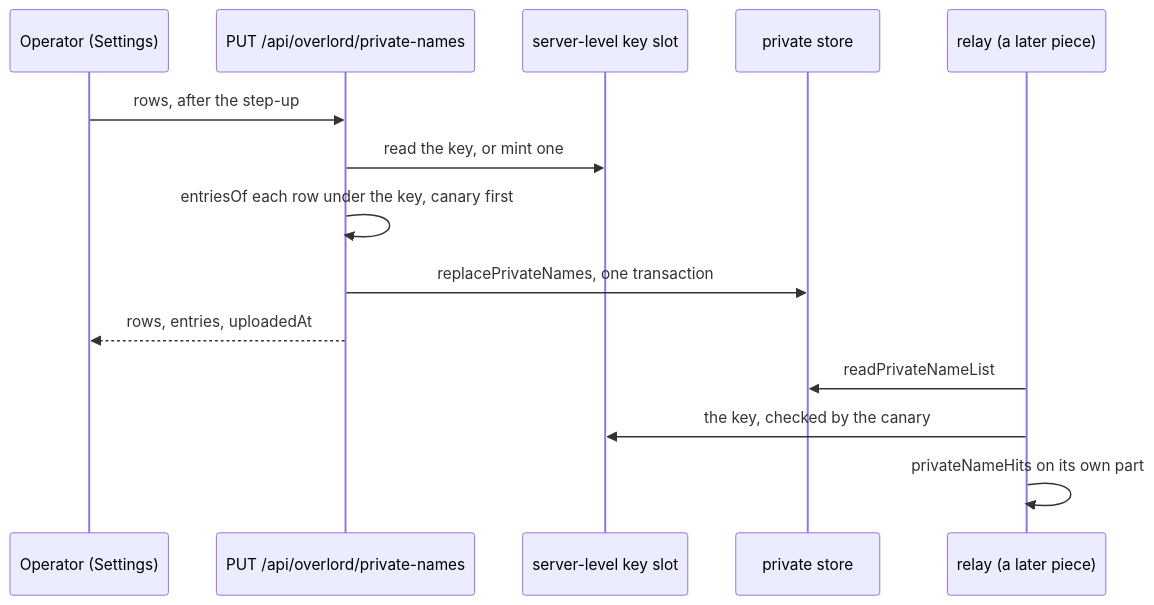
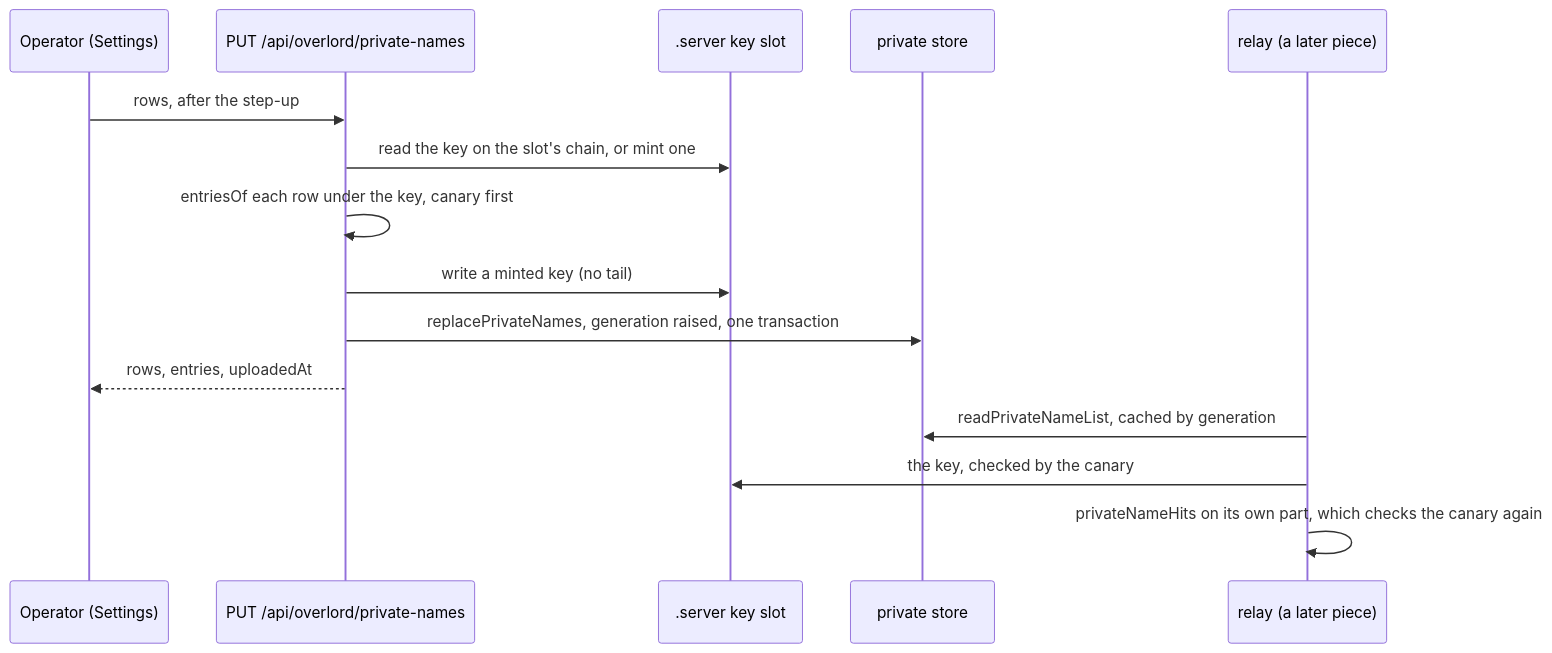
Before and after one commit to Synapsium-Labs/ccrc-pwa: the diagram in docs/superpowers/plans/2026-11-16-overlord-w2/w2-private-names.md, drawn with Mermaid. The commit also changed other lines of this file and 2 other files, not shown here.

````diff
--- a/docs/superpowers/plans/2026-11-16-overlord-w2/w2-private-names.md
+++ b/docs/superpowers/plans/2026-11-16-overlord-w2/w2-private-names.md
@@ -188,16 +240,17 @@
 ```mermaid
 sequenceDiagram
   participant Op as Operator (Settings)
   participant D as PUT /api/overlord/private-names
-  participant K as server-level key slot
+  participant K as .server key slot
   participant S as private store
   participant R as relay (a later piece)
   Op->>D: rows, after the step-up
-  D->>K: read the key, or mint one
+  D->>K: read the key on the slot's chain, or mint one
   D->>D: entriesOf each row under the key, canary first
-  D->>S: replacePrivateNames, one transaction
+  D->>K: write a minted key (no tail)
+  D->>S: replacePrivateNames, generation raised, one transaction
   D-->>Op: rows, entries, uploadedAt
-  R->>S: readPrivateNameList
+  R->>S: readPrivateNameList, cached by generation
   R->>K: the key, checked by the canary
-  R->>R: privateNameHits on its own part
+  R->>R: privateNameHits on its own part, which checks the canary again
 ```
````
